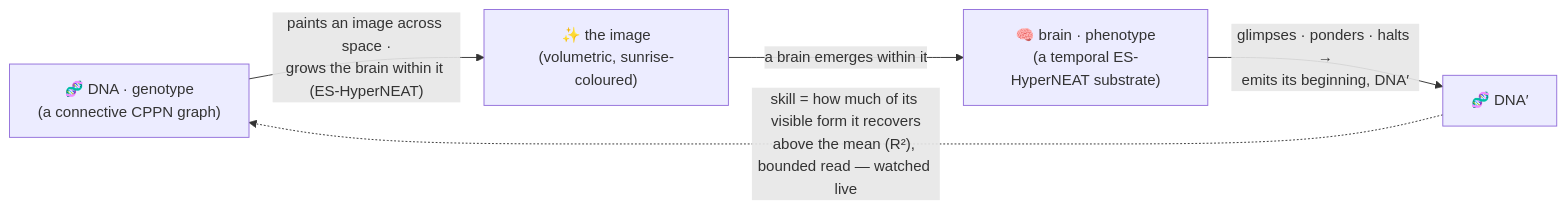
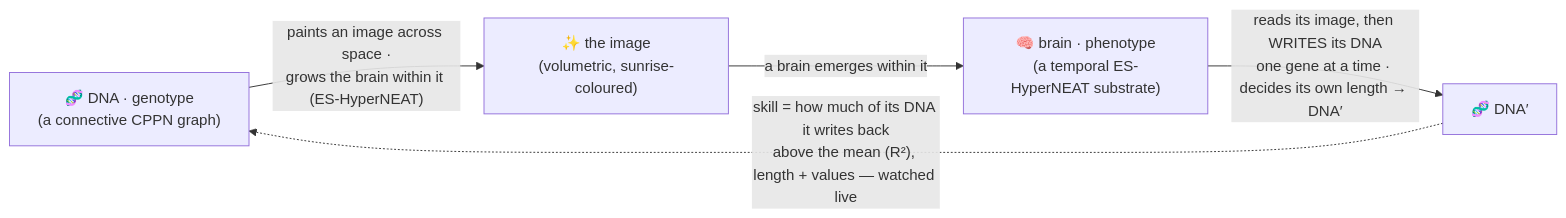
Before and after one commit to admiralakber/autograph: the first of 3 diagrams in VISION.md, drawn with Mermaid. The commit also changed other lines of this file and 6 other files, not shown here.

````diff
--- a/VISION.md
+++ b/VISION.md
@@ -24,7 +24,7 @@
 ```mermaid
 flowchart LR
   DNA["🧬 DNA · genotype<br/>(a connective CPPN graph)"] -->|"paints an image across space ·<br/>grows the brain within it (ES-HyperNEAT)"| ART["✨ the image<br/>(volumetric, sunrise-coloured)"]
   ART -->|"a brain emerges within it"| PHENO["🧠 brain · phenotype<br/>(a temporal ES-HyperNEAT substrate)"]
-  PHENO -->|"glimpses · ponders · halts →<br/>emits its beginning, DNA′"| DNA2["🧬 DNA′"]
-  DNA2 -. "skill = how much of its visible form it recovers<br/>above the mean (R²), bounded read — watched live" .-> DNA
+  PHENO -->|"reads its image, then WRITES its DNA<br/>one gene at a time · decides its own length → DNA′"| DNA2["🧬 DNA′"]
+  DNA2 -. "skill = how much of its DNA it writes back<br/>above the mean (R²), length + values — watched live" .-> DNA
 ```
````
